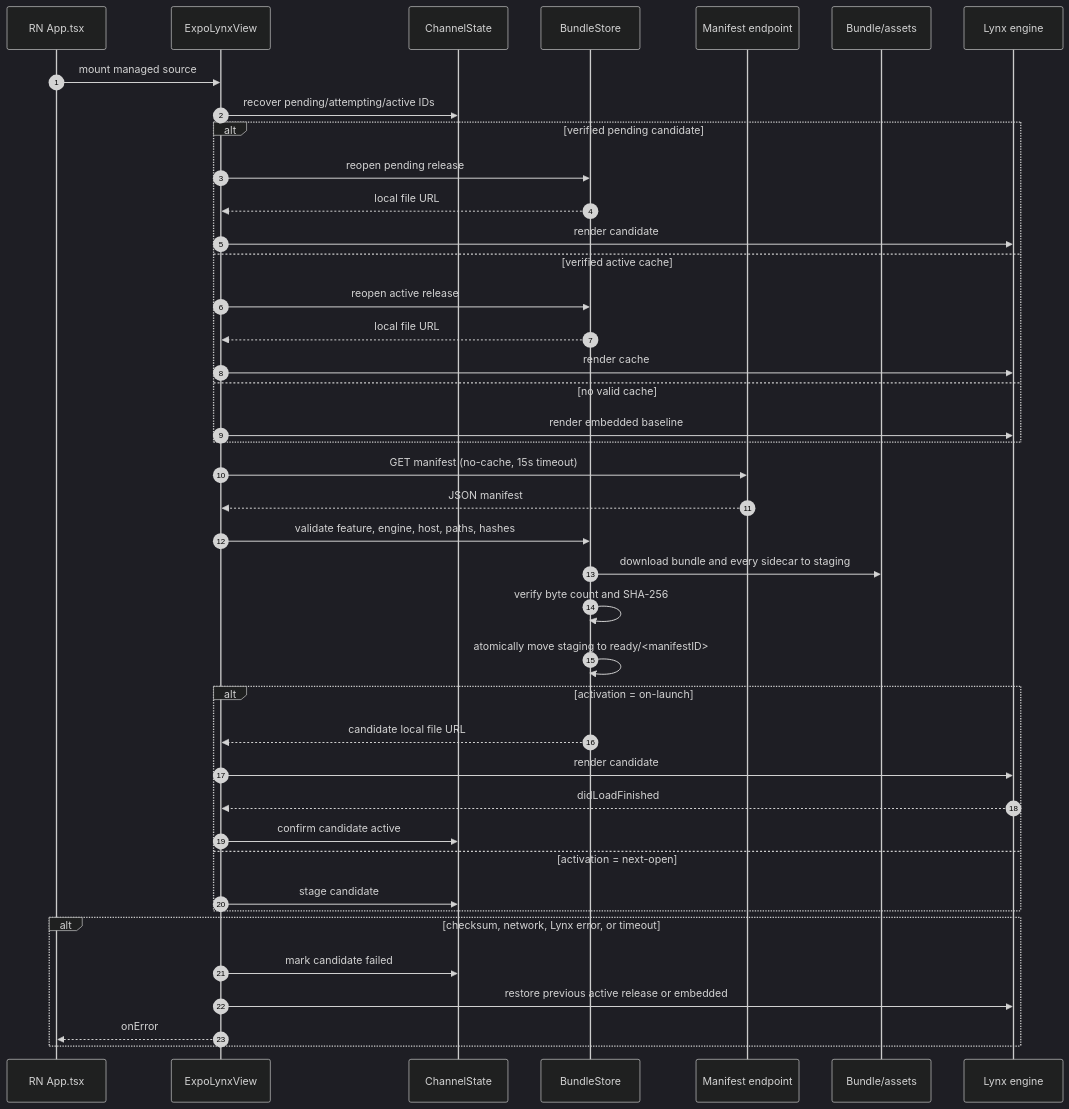
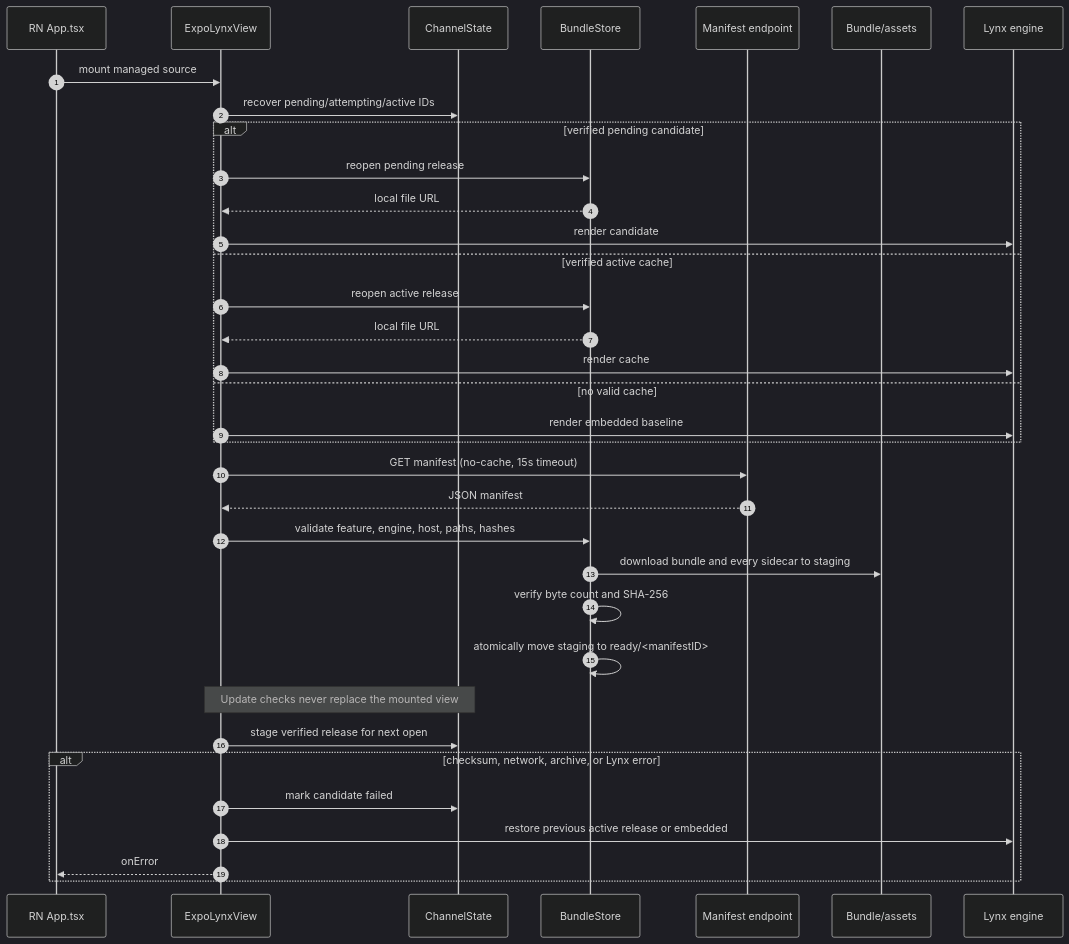
One commit to chanphiromsok/expo-lynx-view changed the second of 3 diagrams in packages/expo-lynx/feature/delivery-bundle-update/DEVELOPMENT.md. Above: the diagram before and after it, drawn with Mermaid (dark theme). The commit also changed other lines of this file and 4 other files, not shown here.

````diff
--- a/packages/expo-lynx/feature/delivery-bundle-update/DEVELOPMENT.md
+++ b/packages/expo-lynx/feature/delivery-bundle-update/DEVELOPMENT.md
@@ -72,47 +79,41 @@
 ```mermaid
 sequenceDiagram
   autonumber
   participant RN as RN App.tsx
   participant V as ExpoLynxView
   participant S as ChannelState
   participant B as BundleStore
   participant M as Manifest endpoint
   participant F as Bundle/assets
   participant L as Lynx engine
 
   RN->>V: mount managed source
   V->>S: recover pending/attempting/active IDs
   alt verified pending candidate
     V->>B: reopen pending release
     B-->>V: local file URL
     V->>L: render candidate
   else verified active cache
     V->>B: reopen active release
     B-->>V: local file URL
     V->>L: render cache
   else no valid cache
     V->>L: render embedded baseline
   end
 
   V->>M: GET manifest (no-cache, 15s timeout)
   M-->>V: JSON manifest
   V->>B: validate feature, engine, host, paths, hashes
   B->>F: download bundle and every sidecar to staging
   B->>B: verify byte count and SHA-256
   B->>B: atomically move staging to ready/<manifestID>
 
-  alt activation = on-launch
-    B-->>V: candidate local file URL
-    V->>L: render candidate
-    L-->>V: didLoadFinished
-    V->>S: confirm candidate active
-  else activation = next-open
-    V->>S: stage candidate
-  end
+  Note over V,S: Update checks never replace the mounted view
+  V->>S: stage verified release for next open
 
-  alt checksum, network, Lynx error, or timeout
+  alt checksum, network, archive, or Lynx error
     V->>S: mark candidate failed
     V->>L: restore previous active release or embedded
     V-->>RN: onError
   end
 ```
````
